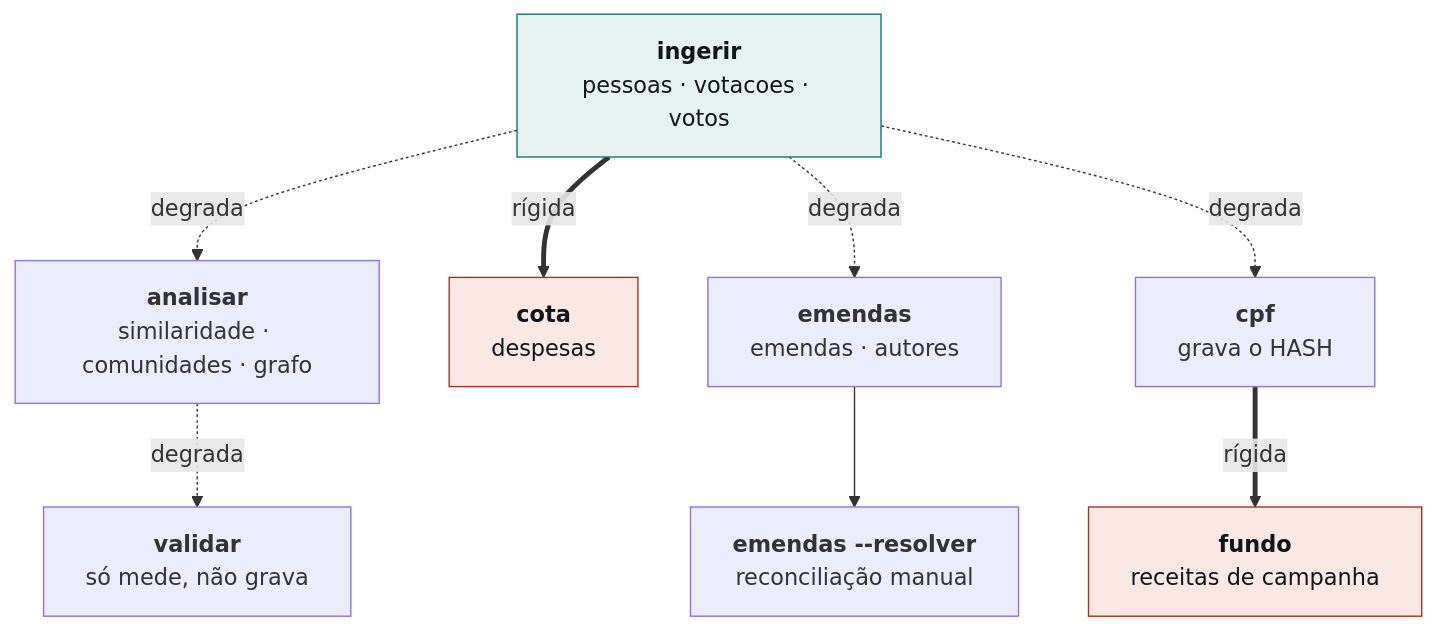
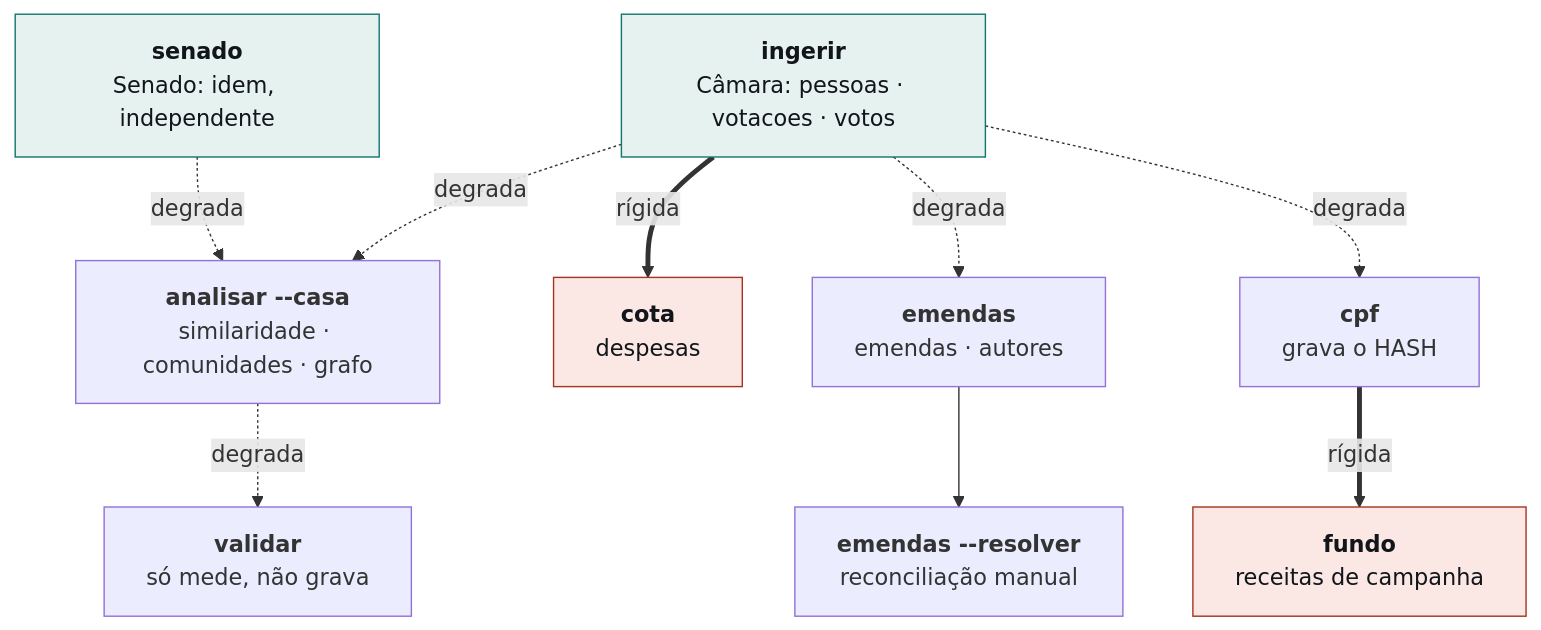
One commit to IgorLucasAssuncao/poligraph changed the first of 6 diagrams in README.md. Above: the diagram before and after it, drawn with Mermaid. The commit also changed other lines of this file and 7 other files, not shown here.

First line of the commit message:
Senado ingerido: 421 votacoes, 34.101 votos, grafo proprio

````diff
--- a/README.md
+++ b/README.md
@@ -148,27 +165,29 @@
 ```mermaid
 flowchart TD
-    ING["<b>ingerir</b><br/>pessoas · votacoes · votos"]
+    ING["<b>ingerir</b><br/>Câmara: pessoas · votacoes · votos"]
+    SENA["<b>senado</b><br/>Senado: idem, independente"]
 
-    ANA["<b>analisar</b><br/>similaridade · comunidades · grafo"]
+    ANA["<b>analisar --casa</b><br/>similaridade · comunidades · grafo"]
     VAL["<b>validar</b><br/>só mede, não grava"]
 
     COTA["<b>cota</b><br/>despesas"]
     EMD["<b>emendas</b> <br/>emendas · autores"]
     RES["<b>emendas --resolver</b><br/>reconciliação manual"]
 
     CPF["<b>cpf</b><br/>grava o HASH"]
     FUN["<b>fundo</b><br/>receitas de campanha"]
 
     ING ==>|"rígida"| COTA
     ING -.->|"degrada"| ANA
+    SENA -.->|"degrada"| ANA
     ING -.->|"degrada"| EMD
     ING -.->|"degrada"| CPF
     ANA -.->|"degrada"| VAL
     CPF ==>|"rígida"| FUN
     EMD --> RES
 
     classDef dura fill:#fbe8e4,stroke:#a8321f,color:#12161b
     classDef base fill:#e6f2f0,stroke:#0f766e,color:#12161b
     class COTA,FUN dura
-    class ING base
+    class ING,SENA base
 ```
````
